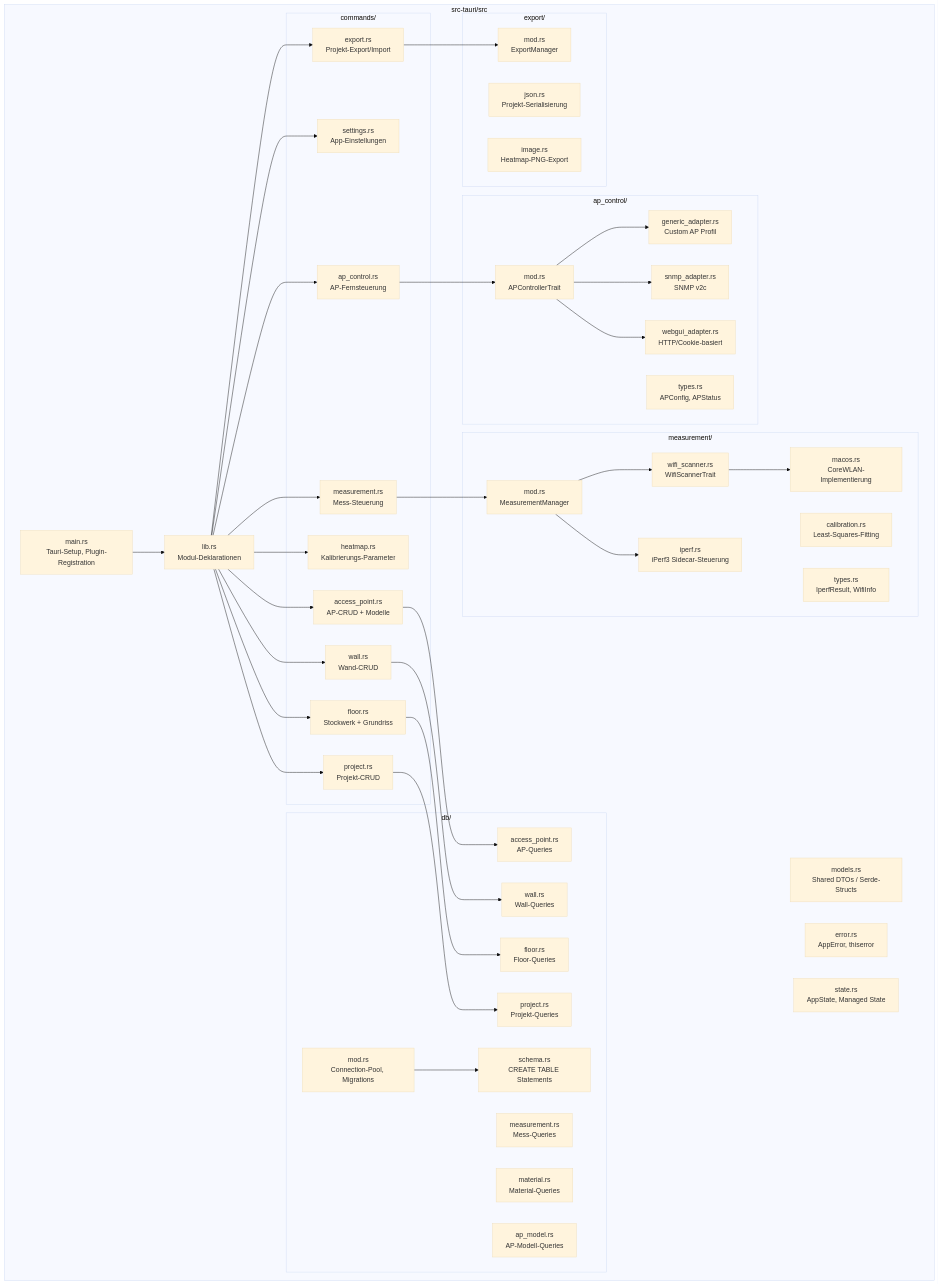
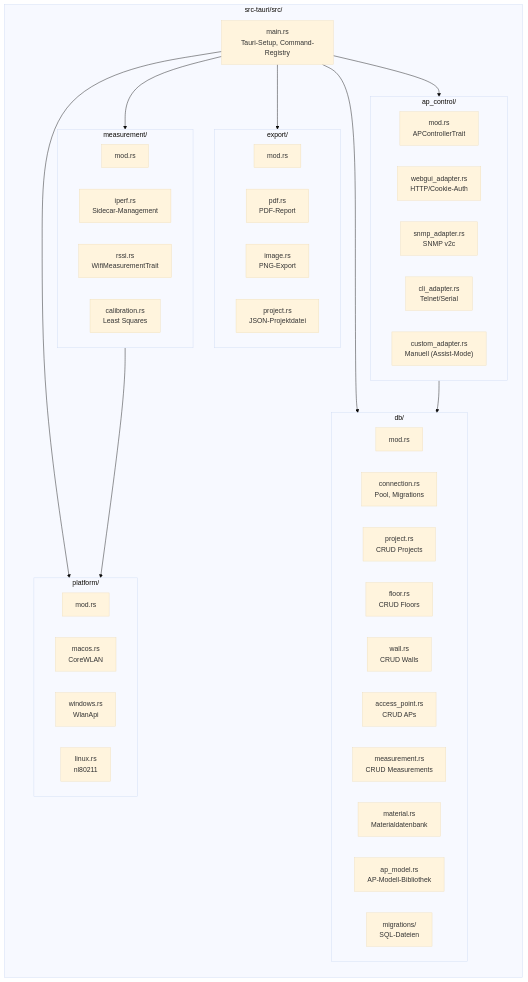
Before and after one commit to 8chM/wlan-optimizer: the sixth of 15 diagrams in docs/architecture/Architektur.md, drawn with Mermaid (base theme). The commit also changed other lines of this file and 90 other files, not shown here.

````diff
--- a/docs/architecture/Architektur.md
+++ b/docs/architecture/Architektur.md
@@ -366,74 +415,57 @@
 ```mermaid
-graph TD
-    subgraph "src-tauri/src"
-        main[main.rs<br/>Tauri-Setup, Plugin-Registration]
-        lib[lib.rs<br/>Modul-Deklarationen]
+graph LR
+    subgraph Backend["src-tauri/src/"]
+        main["main.rs<br/>Tauri-Setup, Command-Registry"]
 
-        subgraph "commands/"
-            cmd_project[project.rs<br/>Projekt-CRUD]
-            cmd_floor[floor.rs<br/>Stockwerk + Grundriss]
-            cmd_wall[wall.rs<br/>Wand-CRUD]
-            cmd_ap[access_point.rs<br/>AP-CRUD + Modelle]
-            cmd_heatmap[heatmap.rs<br/>Kalibrierungs-Parameter]
-            cmd_measurement[measurement.rs<br/>Mess-Steuerung]
-            cmd_ap_control[ap_control.rs<br/>AP-Fernsteuerung]
-            cmd_settings[settings.rs<br/>App-Einstellungen]
-            cmd_export[export.rs<br/>Projekt-Export/Import]
+        subgraph db["db/"]
+            db_mod["mod.rs"]
+            db_conn["connection.rs<br/>Pool, Migrations"]
+            db_project["project.rs<br/>CRUD Projects"]
+            db_floor["floor.rs<br/>CRUD Floors"]
+            db_wall["wall.rs<br/>CRUD Walls"]
+            db_ap["access_point.rs<br/>CRUD APs"]
+            db_measurement["measurement.rs<br/>CRUD Measurements"]
+            db_material["material.rs<br/>Materialdatenbank"]
+            db_ap_model["ap_model.rs<br/>AP-Modell-Bibliothek"]
+            db_migrations["migrations/<br/>SQL-Dateien"]
         end
 
-        subgraph "db/"
-            db_mod[mod.rs<br/>Connection-Pool, Migrations]
-            db_schema[schema.rs<br/>CREATE TABLE Statements]
-            db_project[project.rs<br/>Projekt-Queries]
-            db_floor[floor.rs<br/>Floor-Queries]
-            db_wall[wall.rs<br/>Wall-Queries]
-            db_ap[access_point.rs<br/>AP-Queries]
-            db_measurement[measurement.rs<br/>Mess-Queries]
-            db_material[material.rs<br/>Material-Queries]
-            db_ap_model[ap_model.rs<br/>AP-Modell-Queries]
+        subgraph ap_control["ap_control/"]
+            ap_mod["mod.rs<br/>APControllerTrait"]
+            ap_webgui["webgui_adapter.rs<br/>HTTP/Cookie-Auth"]
+            ap_snmp["snmp_adapter.rs<br/>SNMP v2c"]
+            ap_cli["cli_adapter.rs<br/>Telnet/Serial"]
+            ap_custom["custom_adapter.rs<br/>Manuell (Assist-Mode)"]
         end
 
-        subgraph "ap_control/"
-            ac_mod[mod.rs<br/>APControllerTrait]
-            ac_webgui[webgui_adapter.rs<br/>HTTP/Cookie-basiert]
-            ac_snmp[snmp_adapter.rs<br/>SNMP v2c]
-            ac_generic[generic_adapter.rs<br/>Custom AP Profil]
-            ac_types[types.rs<br/>APConfig, APStatus]
+        subgraph measurement["measurement/"]
+            meas_mod["mod.rs"]
+            meas_iperf["iperf.rs<br/>Sidecar-Management"]
+            meas_rssi["rssi.rs<br/>WifiMeasurementTrait"]
+            meas_calibration["calibration.rs<br/>Least Squares"]
         end
 
-        subgraph "measurement/"
-            ms_mod[mod.rs<br/>MeasurementManager]
-            ms_iperf[iperf.rs<br/>iPerf3 Sidecar-Steuerung]
-            ms_wifi[wifi_scanner.rs<br/>WifiScannerTrait]
-            ms_macos[macos.rs<br/>CoreWLAN-Implementierung]
-            ms_calibration[calibration.rs<br/>Least-Squares-Fitting]
-            ms_types[types.rs<br/>IperfResult, WifiInfo]
+        subgraph export_mod["export/"]
+            exp_mod["mod.rs"]
+            exp_pdf["pdf.rs<br/>PDF-Report"]
+            exp_image["image.rs<br/>PNG-Export"]
+            exp_project["project.rs<br/>JSON-Projektdatei"]
         end
 
-        subgraph "export/"
-            ex_mod[mod.rs<br/>ExportManager]
-            ex_json[json.rs<br/>Projekt-Serialisierung]
-            ex_image[image.rs<br/>Heatmap-PNG-Export]
+        subgraph platform["platform/"]
+            plat_mod["mod.rs"]
+            plat_macos["macos.rs<br/>CoreWLAN"]
+            plat_windows["windows.rs<br/>WlanApi"]
+            plat_linux["linux.rs<br/>nl80211"]
         end
-
-        models[models.rs<br/>Shared DTOs / Serde-Structs]
-        error[error.rs<br/>AppError, thiserror]
-        state[state.rs<br/>AppState, Managed State]
     end
 
-    main --> lib
-    lib --> cmd_project & cmd_floor & cmd_wall & cmd_ap
-    lib --> cmd_heatmap & cmd_measurement & cmd_ap_control
-    lib --> cmd_settings & cmd_export
-    cmd_project --> db_project
-    cmd_floor --> db_floor
-    cmd_wall --> db_wall
-    cmd_ap --> db_ap
-    cmd_measurement --> ms_mod
-    cmd_ap_control --> ac_mod
-    cmd_export --> ex_mod
-    db_mod --> db_schema
-    ac_mod --> ac_webgui & ac_snmp & ac_generic
-    ms_mod --> ms_iperf & ms_wifi
-    ms_wifi --> ms_macos
+    main --> db
+    main --> ap_control
+    main --> measurement
+    main --> export_mod
+    main --> platform
+
+    measurement --> platform
+    ap_control --> db
 ```
````
